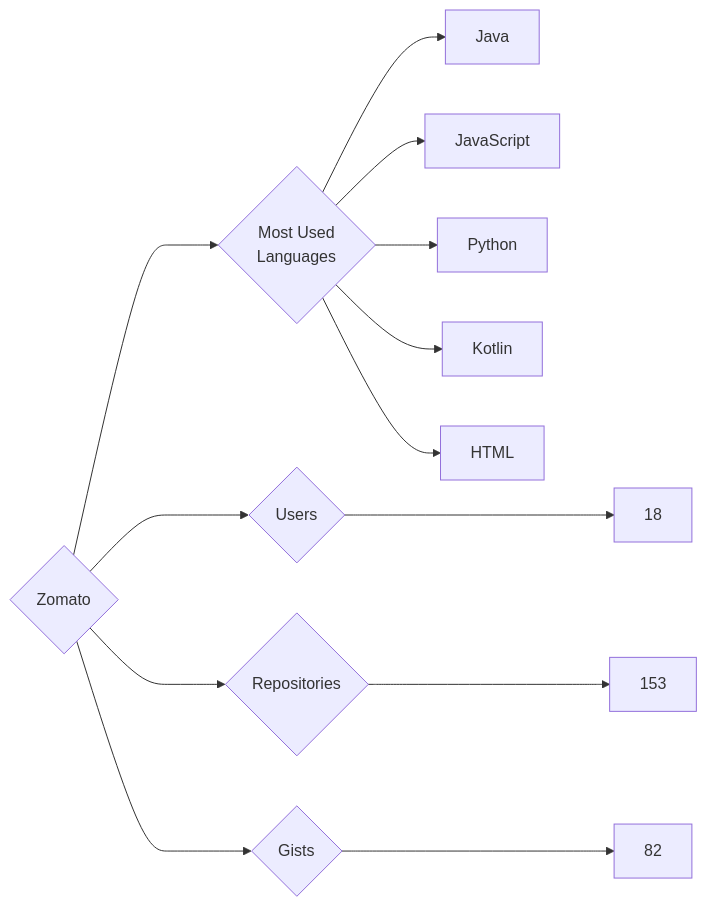
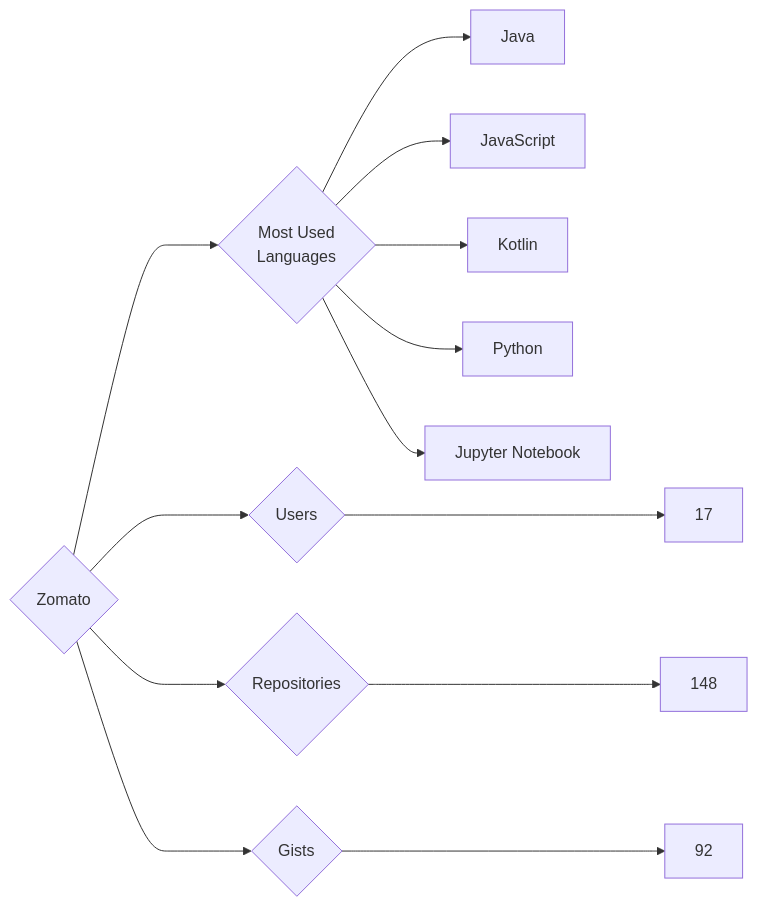
Before and after one commit to trickest/insiders: the diagram in targets/Zomato/README.md, drawn with Mermaid. The commit also changed 829 other files, not shown here.

````diff
--- a/targets/Zomato/README.md
+++ b/targets/Zomato/README.md
@@ -3,13 +3,13 @@
 ```mermaid
 graph LR
 COMPANY_NAME{Zomato}
-COMPANY_NAME ---> U{Users} ---> UN[18]
-COMPANY_NAME ---> R{Repositories} ---> RN[153]
-COMPANY_NAME ---> G{Gists} ---> GN[82]
+COMPANY_NAME ---> U{Users} ---> UN[17]
+COMPANY_NAME ---> R{Repositories} ---> RN[148]
+COMPANY_NAME ---> G{Gists} ---> GN[92]
 COMPANY_NAME ---> ML{Most Used<br>Languages}
 ML --> Java[Java]
 ML --> JavaScript[JavaScript]
+ML --> Kotlin[Kotlin]
 ML --> Python[Python]
-ML --> Kotlin[Kotlin]
-ML --> HTML[HTML]
+ML --> Jupyter_Notebook[Jupyter Notebook]
 ```
````
